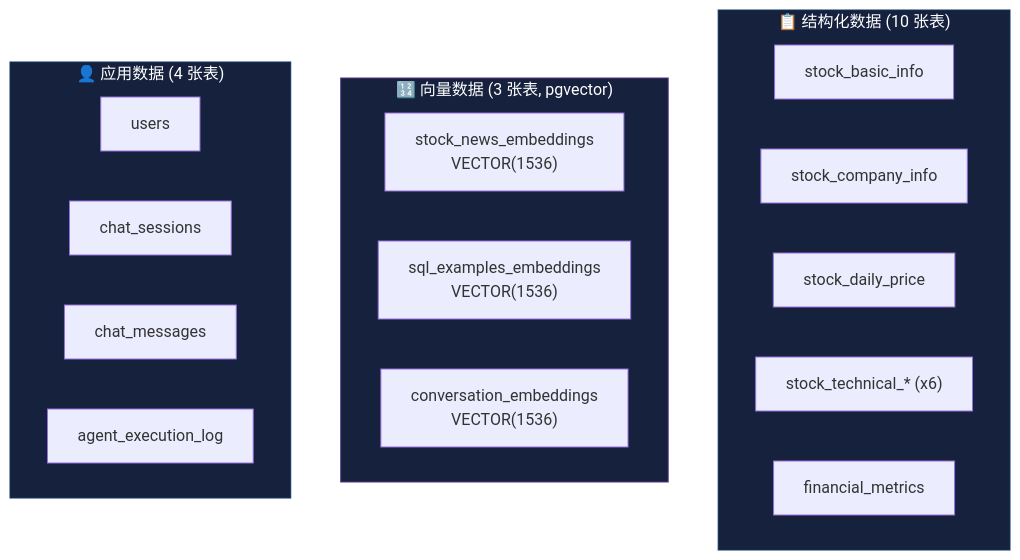
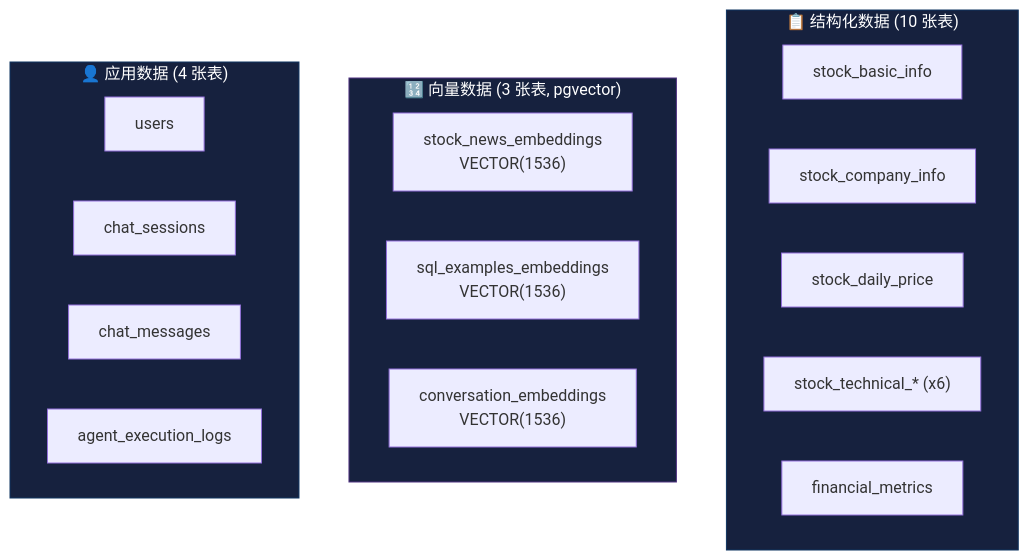
Before and after one commit to cherryni2022/stock_ai_agent: the fifth of 9 diagrams in docs/architecture.md, drawn with Mermaid. The commit also changed other lines of this file and 3 other files, not shown here.

Commit message:
fix architecture and tech design doc

````diff
--- a/docs/architecture.md
+++ b/docs/architecture.md
@@ -225,30 +225,30 @@
 ```mermaid
 graph TB
     subgraph StructuredData["📋 结构化数据 (10 张表)"]
         direction LR
         T_BASIC["stock_basic_info"]
         T_COMPANY["stock_company_info"]
         T_PRICE["stock_daily_price"]
         T_TECH["stock_technical_* (x6)"]
         T_FIN["financial_metrics"]
     end
     
     subgraph VectorData["🔢 向量数据 (3 张表, pgvector)"]
         direction LR
         V_NEWS["stock_news_embeddings<br/>VECTOR(1536)"]
         V_SQL["sql_examples_embeddings<br/>VECTOR(1536)"]
         V_CONV["conversation_embeddings<br/>VECTOR(1536)"]
     end
     
     subgraph AppData["👤 应用数据 (4 张表)"]
         direction LR
         A_USER["users"]
         A_SESSION["chat_sessions"]
         A_MSG["chat_messages"]
-        A_LOG["agent_execution_log"]
+        A_LOG["agent_execution_logs"]
     end
     
     style StructuredData fill:#16213e,stroke:#0f3460,color:#fff
     style VectorData fill:#16213e,stroke:#533483,color:#fff
     style AppData fill:#16213e,stroke:#0f3460,color:#fff
 ```
````
